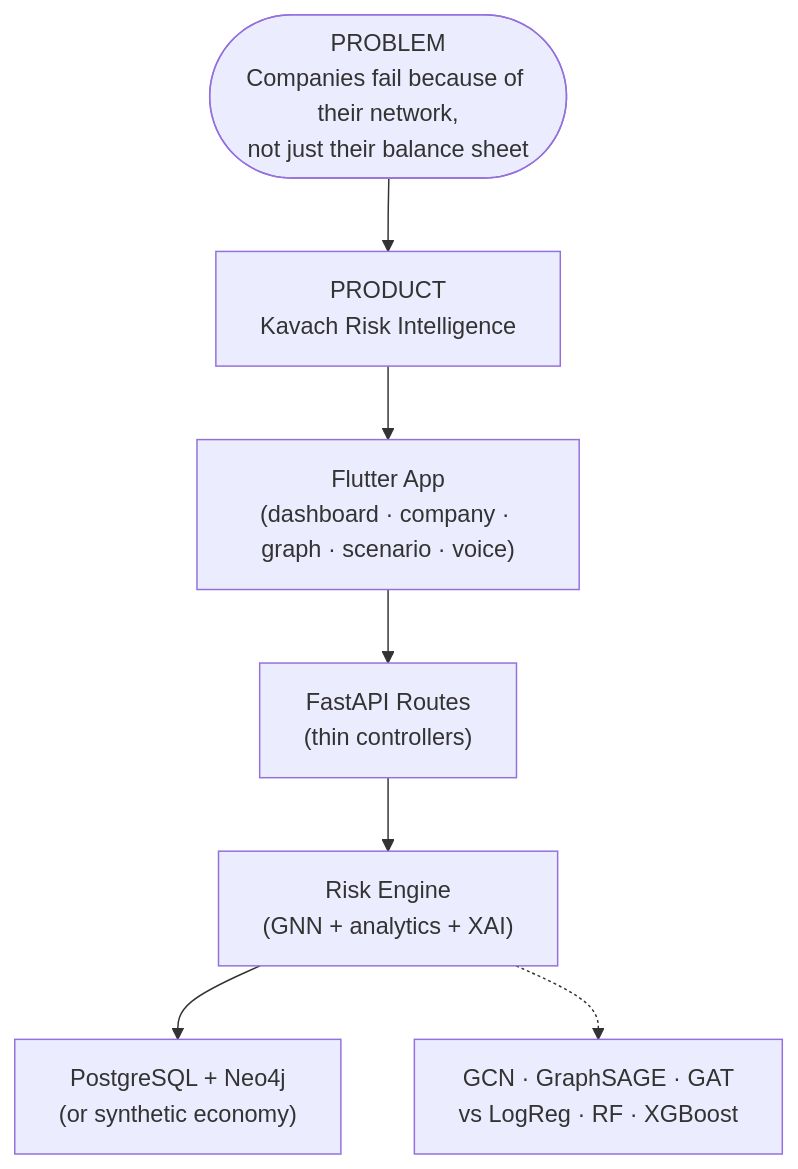
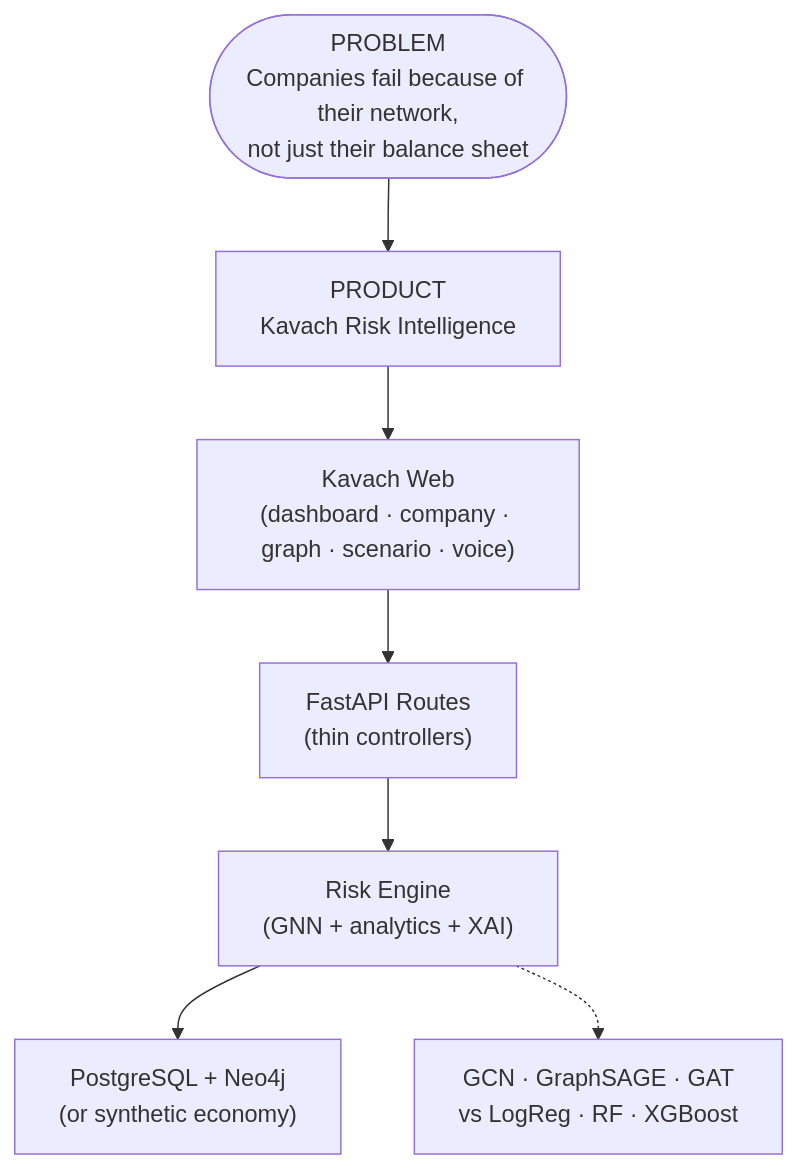
Diagram 13 of 13 in docs/ARCHITECTURE.md (VardaM0512/Kavach-Graph-Neural-Network-Risk-Intelligence), drawn with Mermaid before and after one commit. The commit also changed other lines of this file and 13 other files, not shown here.

Commit message:
Make Kavach a web-first app

````diff
--- a/docs/ARCHITECTURE.md
+++ b/docs/ARCHITECTURE.md
@@ -498,9 +503,9 @@
 ```mermaid
 flowchart TB
     P(["PROBLEM<br/>Companies fail because of their network,<br/>not just their balance sheet"]) --> PROD["PRODUCT<br/>Kavach Risk Intelligence"]
-    PROD --> UI["Flutter App<br/>(dashboard · company · graph · scenario · voice)"]
+    PROD --> UI["Kavach Web<br/>(dashboard · company · graph · scenario · voice)"]
     UI --> API["FastAPI Routes<br/>(thin controllers)"]
     API --> ENG["Risk Engine<br/>(GNN + analytics + XAI)"]
     ENG --> DATA["PostgreSQL + Neo4j<br/>(or synthetic economy)"]
     ENG -.-> MODELS["GCN · GraphSAGE · GAT<br/>vs LogReg · RF · XGBoost"]
 ```
````
